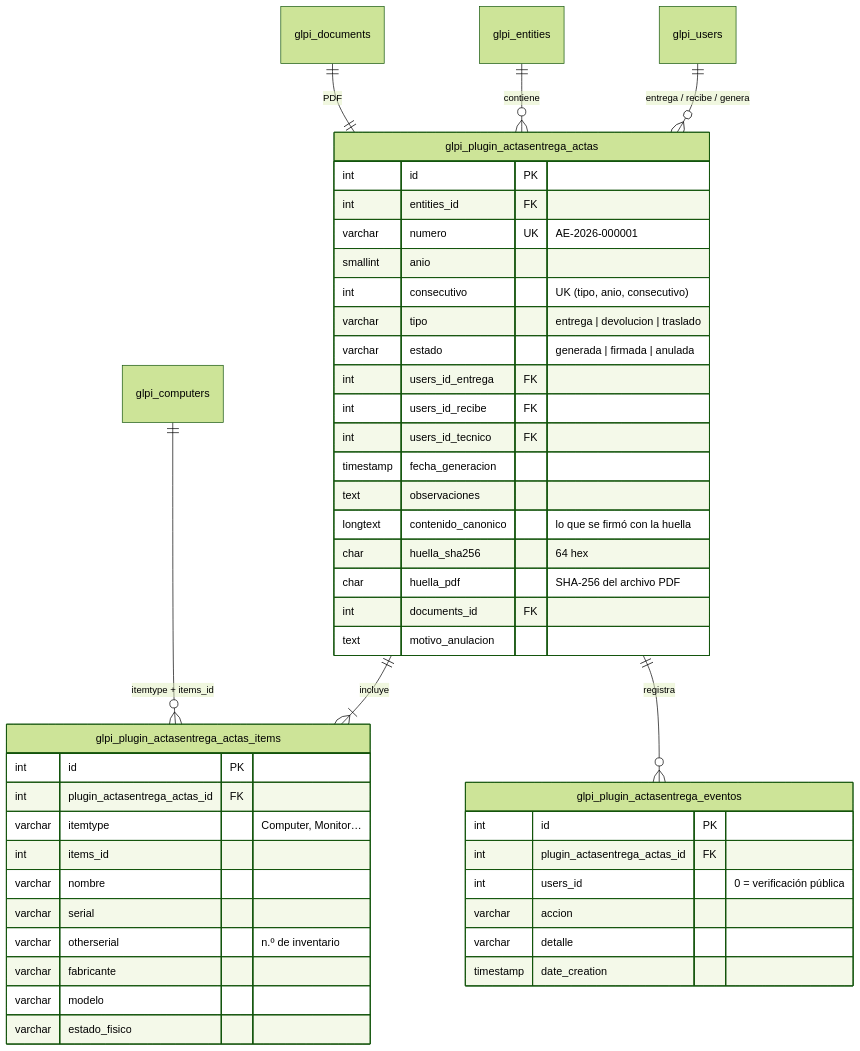
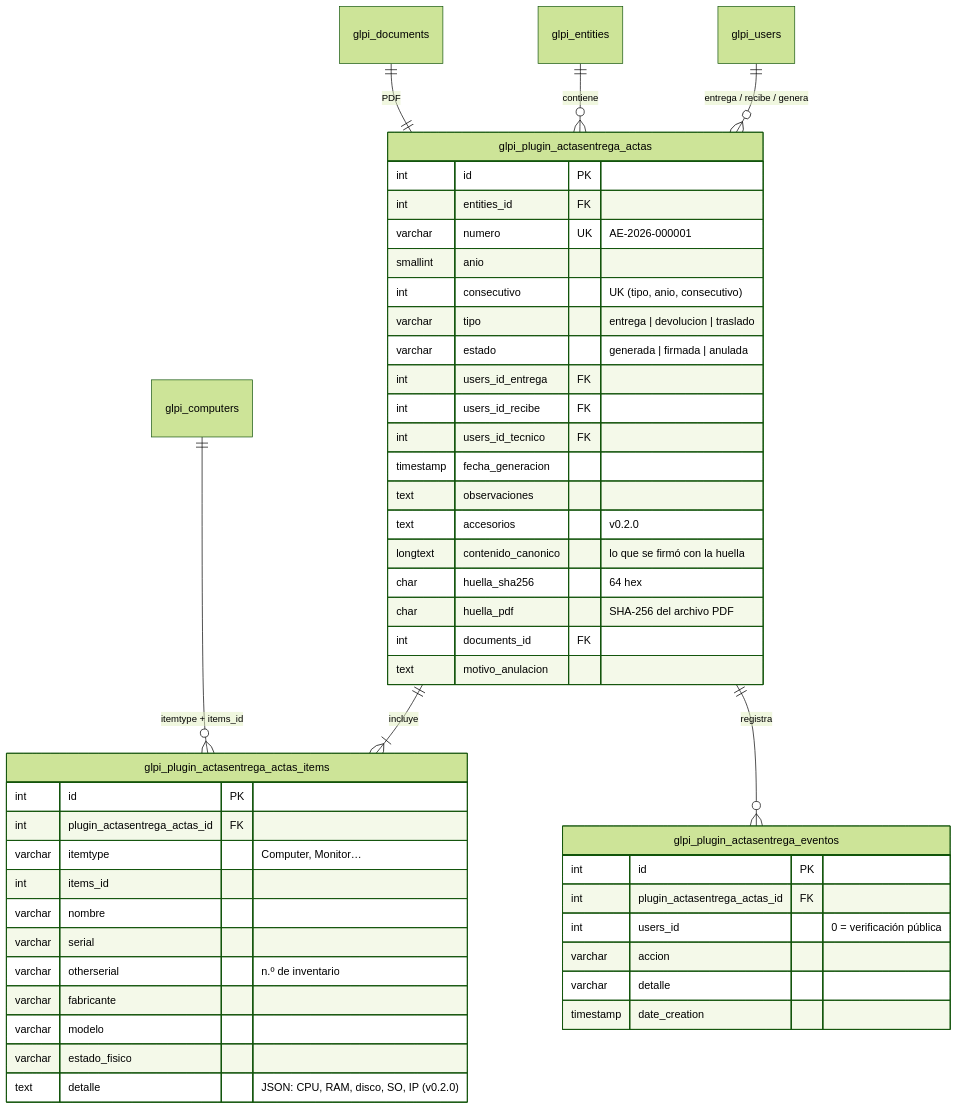
One commit to respanat/actasentrega changed the fourth of 5 diagrams in docs/arquitectura.md. Above: the diagram before and after it, drawn with Mermaid (forest theme).

Commit message:
Modelo de datos actualizado con los campos de v0.2.0
Claude-Session: https://claude.ai/code/session_014tHja1Lxc8Xfsfg715JwZ6

````diff
--- a/docs/arquitectura.md
+++ b/docs/arquitectura.md
@@ -102,49 +102,51 @@
 ```mermaid
 erDiagram
   glpi_users ||--o{ glpi_plugin_actasentrega_actas : "entrega / recibe / genera"
   glpi_entities ||--o{ glpi_plugin_actasentrega_actas : contiene
   glpi_documents ||--|| glpi_plugin_actasentrega_actas : "PDF"
   glpi_plugin_actasentrega_actas ||--|{ glpi_plugin_actasentrega_actas_items : incluye
   glpi_plugin_actasentrega_actas ||--o{ glpi_plugin_actasentrega_eventos : registra
   glpi_computers ||--o{ glpi_plugin_actasentrega_actas_items : "itemtype + items_id"
 
   glpi_plugin_actasentrega_actas {
     int id PK
     int entities_id FK
     varchar numero UK "AE-2026-000001"
     smallint anio
     int consecutivo "UK (tipo, anio, consecutivo)"
     varchar tipo "entrega | devolucion | traslado"
     varchar estado "generada | firmada | anulada"
     int users_id_entrega FK
     int users_id_recibe FK
     int users_id_tecnico FK
     timestamp fecha_generacion
     text observaciones
+    text accesorios "v0.2.0"
     longtext contenido_canonico "lo que se firmó con la huella"
     char huella_sha256 "64 hex"
     char huella_pdf "SHA-256 del archivo PDF"
     int documents_id FK
     text motivo_anulacion
   }
   glpi_plugin_actasentrega_actas_items {
     int id PK
     int plugin_actasentrega_actas_id FK
     varchar itemtype "Computer, Monitor…"
     int items_id
     varchar nombre
     varchar serial
     varchar otherserial "n.º de inventario"
     varchar fabricante
     varchar modelo
     varchar estado_fisico
+    text detalle "JSON: CPU, RAM, disco, SO, IP (v0.2.0)"
   }
   glpi_plugin_actasentrega_eventos {
     int id PK
     int plugin_actasentrega_actas_id FK
     int users_id "0 = verificación pública"
     varchar accion
     varchar detalle
     timestamp date_creation
   }
 ```
````
